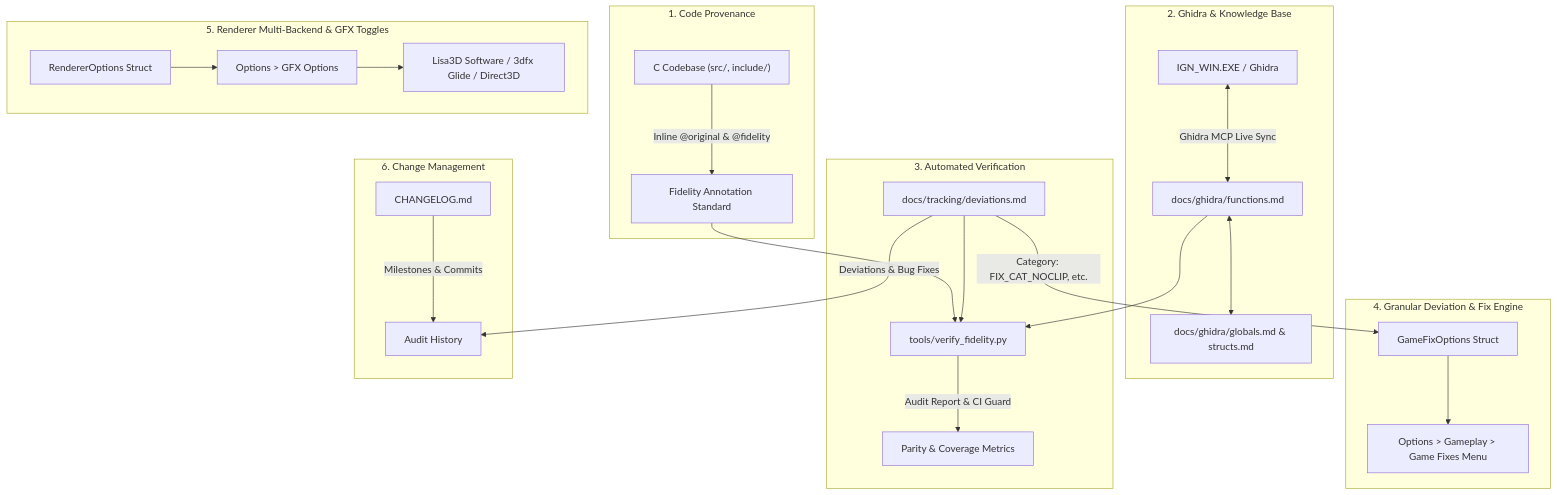
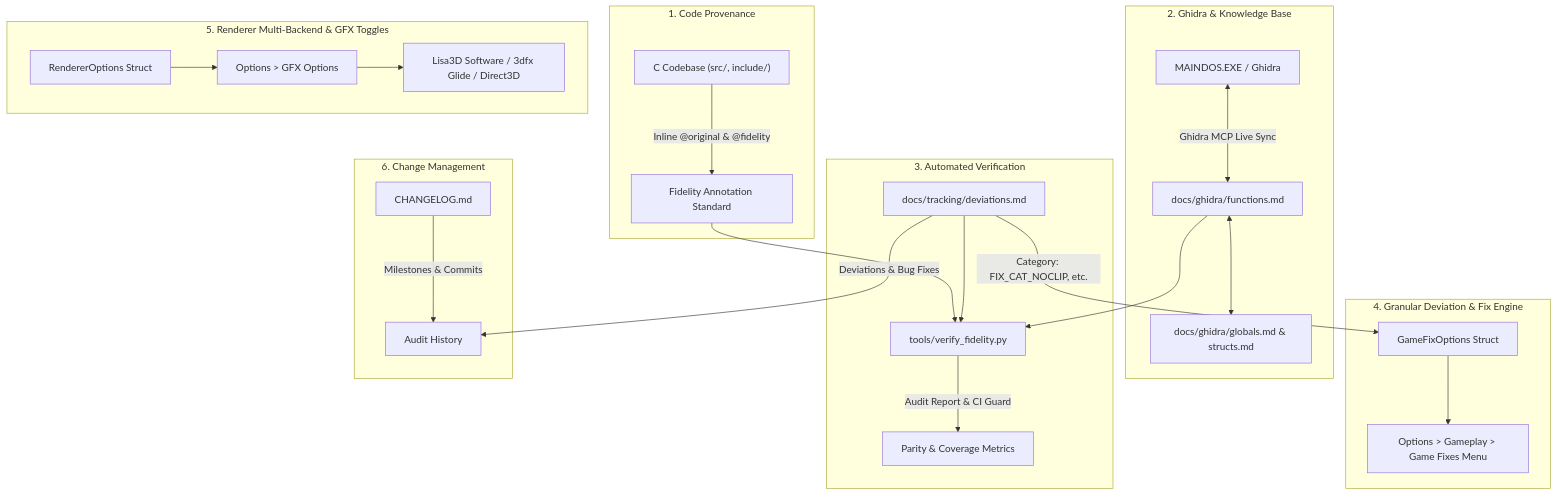
One commit to F1r3f0x/RacingDynamite changed the diagram in docs/tracking/fidelity_system_plan.md. Above: the diagram before and after it, drawn with Mermaid. The commit also changed other lines of this file and 177 other files, not shown here.

````diff
--- a/docs/tracking/fidelity_system_plan.md
+++ b/docs/tracking/fidelity_system_plan.md
@@ -22,33 +24,33 @@
 ```mermaid
 graph TD
     subgraph "1. Code Provenance"
         A["C Codebase (src/, include/)"] -->|"Inline @original & @fidelity"| B["Fidelity Annotation Standard"]
     end
 
     subgraph "2. Ghidra & Knowledge Base"
-        C["IGN_WIN.EXE / Ghidra"] <-->|"Ghidra MCP Live Sync"| D["docs/ghidra/functions.md"]
+        C["MAINDOS.EXE / Ghidra"] <-->|"Ghidra MCP Live Sync"| D["docs/ghidra/functions.md"]
         D <--> E["docs/ghidra/globals.md & structs.md"]
     end
 
     subgraph "3. Automated Verification"
         B --> F["tools/verify_fidelity.py"]
         D --> F
         G["docs/tracking/deviations.md"] --> F
         F -->|"Audit Report & CI Guard"| H["Parity & Coverage Metrics"]
     end
 
     subgraph "4. Granular Deviation & Fix Engine"
         G -->|"Category: FIX_CAT_NOCLIP, etc."| K["GameFixOptions Struct"]
         K --> L["Options > Gameplay > Game Fixes Menu"]
     end
 
     subgraph "5. Renderer Multi-Backend & GFX Toggles"
         M["RendererOptions Struct"] --> N["Options > GFX Options"]
         N --> O["Lisa3D Software / 3dfx Glide / Direct3D"]
     end
 
     subgraph "6. Change Management"
         I["CHANGELOG.md"] -->|"Milestones & Commits"| J["Audit History"]
         G -->|"Deviations & Bug Fixes"| J
     end
 ```
````
